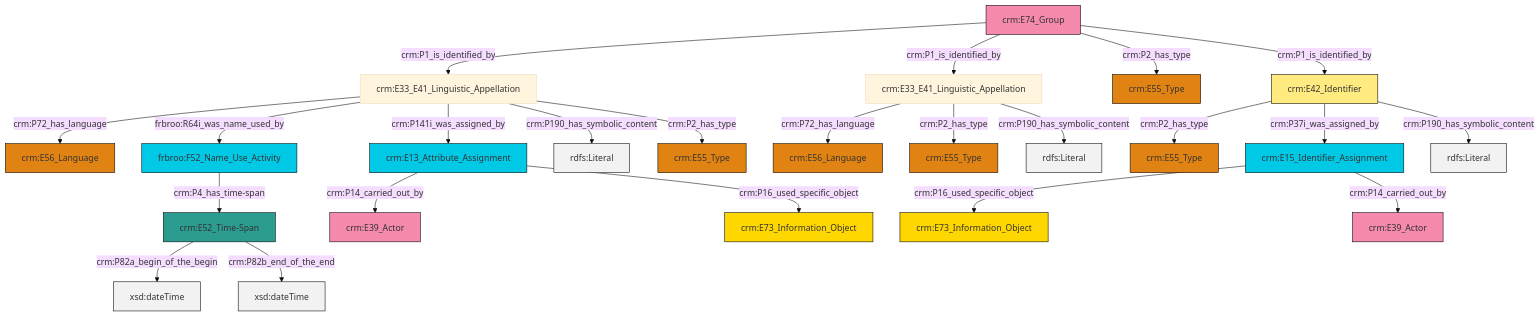
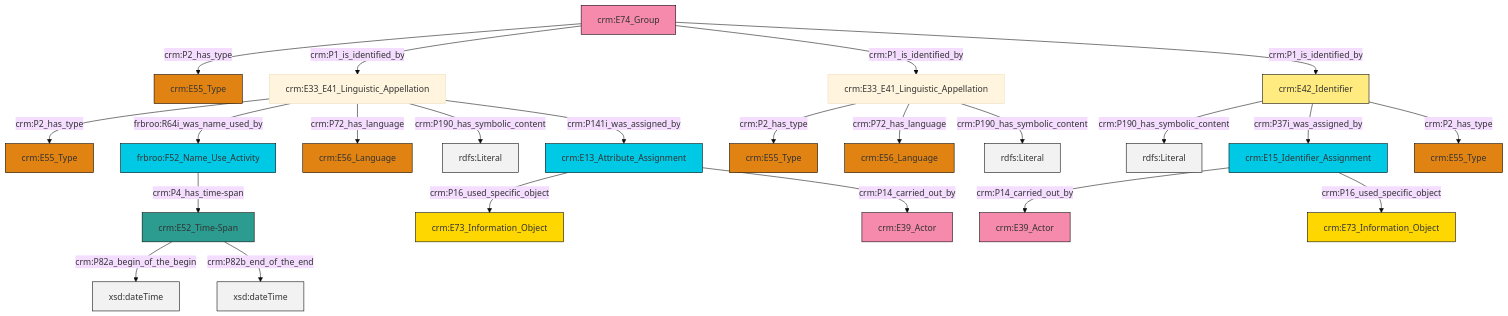
The diagram in et/groupCSV/ttl/mmd/group_name.ttl.mmd (swiss-art-research-net/reference-data-models), drawn with Mermaid (base theme) before and after one commit. The commit also changed 128 other files, not shown here.

```diff
--- a/et/groupCSV/ttl/mmd/group_name.ttl.mmd
+++ b/et/groupCSV/ttl/mmd/group_name.ttl.mmd
@@ -1,37 +1,37 @@
 graph TD
 classDef Literal fill:#f2f2f2,stroke:#000000;
 classDef CRM_Entity fill:#FFFFFF,stroke:#000000;
 classDef Temporal_Entity fill:#00C9E6, stroke:#000000;
 classDef Type fill:#E18312, stroke:#000000;
 classDef Time-Span fill:#2C9C91, stroke:#000000;
 classDef Appellation fill:#FFEB7F, stroke:#000000;
 classDef Place fill:#008836, stroke:#000000;
 classDef Persistent_Item fill:#B266B2, stroke:#000000;
 classDef Conceptual_Object fill:#FFD700, stroke:#000000;
 classDef Physical_Thing fill:#D2B48C, stroke:#000000;
 classDef Actor fill:#f58aad, stroke:#000000;
 classDef PC_Classes fill:#4ce600, stroke:#000000;
 classDef Multi fill:#cccccc,stroke:#000000;
 
-6["crm:E74_Group"]:::Actor -->|crm:P1_is_identified_by| 0["crm:E33_E41_Linguistic_Appellation"]:::Default
-4["crm:E15_Identifier_Assignment"]:::Temporal_Entity -->|crm:P16_used_specific_object| 11["crm:E73_Information_Object"]:::Conceptual_Object
-17["crm:E13_Attribute_Assignment"]:::Temporal_Entity -->|crm:P14_carried_out_by| 2["crm:E39_Actor"]:::Actor
-9["frbroo:F52_Name_Use_Activity"]:::Temporal_Entity -->|crm:P4_has_time-span| 12["crm:E52_Time-Span"]:::Time-Span
-19["crm:E33_E41_Linguistic_Appellation"]:::Default -->|crm:P72_has_language| 20["crm:E56_Language"]:::Type
-19["crm:E33_E41_Linguistic_Appellation"]:::Default -->|crm:P2_has_type| 25["crm:E55_Type"]:::Type
-6["crm:E74_Group"]:::Actor -->|crm:P1_is_identified_by| 19["crm:E33_E41_Linguistic_Appellation"]:::Default
-19["crm:E33_E41_Linguistic_Appellation"]:::Default -->|crm:P190_has_symbolic_content| 26[rdfs:Literal]:::Literal
-21["crm:E42_Identifier"]:::Appellation -->|crm:P2_has_type| 15["crm:E55_Type"]:::Type
-0["crm:E33_E41_Linguistic_Appellation"]:::Default -->|crm:P72_has_language| 27["crm:E56_Language"]:::Type
-12["crm:E52_Time-Span"]:::Time-Span -->|crm:P82a_begin_of_the_begin| 32[xsd:dateTime]:::Literal
-0["crm:E33_E41_Linguistic_Appellation"]:::Default -->|frbroo:R64i_was_name_used_by| 9["frbroo:F52_Name_Use_Activity"]:::Temporal_Entity
-6["crm:E74_Group"]:::Actor -->|crm:P2_has_type| 33["crm:E55_Type"]:::Type
-21["crm:E42_Identifier"]:::Appellation -->|crm:P37i_was_assigned_by| 4["crm:E15_Identifier_Assignment"]:::Temporal_Entity
-0["crm:E33_E41_Linguistic_Appellation"]:::Default -->|crm:P141i_was_assigned_by| 17["crm:E13_Attribute_Assignment"]:::Temporal_Entity
-0["crm:E33_E41_Linguistic_Appellation"]:::Default -->|crm:P190_has_symbolic_content| 38[rdfs:Literal]:::Literal
-6["crm:E74_Group"]:::Actor -->|crm:P1_is_identified_by| 21["crm:E42_Identifier"]:::Appellation
-4["crm:E15_Identifier_Assignment"]:::Temporal_Entity -->|crm:P14_carried_out_by| 34["crm:E39_Actor"]:::Actor
-12["crm:E52_Time-Span"]:::Time-Span -->|crm:P82b_end_of_the_end| 39[xsd:dateTime]:::Literal
-21["crm:E42_Identifier"]:::Appellation -->|crm:P190_has_symbolic_content| 40[rdfs:Literal]:::Literal
-0["crm:E33_E41_Linguistic_Appellation"]:::Default -->|crm:P2_has_type| 30["crm:E55_Type"]:::Type
-17["crm:E13_Attribute_Assignment"]:::Temporal_Entity -->|crm:P16_used_specific_object| 7["crm:E73_Information_Object"]:::Conceptual_Object
+0["crm:E74_Group"]:::Actor -->|crm:P2_has_type| 1["crm:E55_Type"]:::Type
+0["crm:E74_Group"]:::Actor -->|crm:P1_is_identified_by| 2["crm:E33_E41_Linguistic_Appellation"]:::Default
+0["crm:E74_Group"]:::Actor -->|crm:P1_is_identified_by| 3["crm:E33_E41_Linguistic_Appellation"]:::Default
+2["crm:E33_E41_Linguistic_Appellation"]:::Default -->|crm:P2_has_type| 6["crm:E55_Type"]:::Type
+2["crm:E33_E41_Linguistic_Appellation"]:::Default -->|frbroo:R64i_was_name_used_by| 13["frbroo:F52_Name_Use_Activity"]:::Temporal_Entity
+3["crm:E33_E41_Linguistic_Appellation"]:::Default -->|crm:P2_has_type| 14["crm:E55_Type"]:::Type
+15["crm:E52_Time-Span"]:::Time-Span -->|crm:P82a_begin_of_the_begin| 16[xsd:dateTime]:::Literal
+0["crm:E74_Group"]:::Actor -->|crm:P1_is_identified_by| 18["crm:E42_Identifier"]:::Appellation
+4["crm:E15_Identifier_Assignment"]:::Temporal_Entity -->|crm:P14_carried_out_by| 11["crm:E39_Actor"]:::Actor
+23["crm:E13_Attribute_Assignment"]:::Temporal_Entity -->|crm:P16_used_specific_object| 26["crm:E73_Information_Object"]:::Conceptual_Object
+3["crm:E33_E41_Linguistic_Appellation"]:::Default -->|crm:P72_has_language| 33["crm:E56_Language"]:::Type
+2["crm:E33_E41_Linguistic_Appellation"]:::Default -->|crm:P72_has_language| 29["crm:E56_Language"]:::Type
+18["crm:E42_Identifier"]:::Appellation -->|crm:P190_has_symbolic_content| 35[rdfs:Literal]:::Literal
+3["crm:E33_E41_Linguistic_Appellation"]:::Default -->|crm:P190_has_symbolic_content| 36[rdfs:Literal]:::Literal
+23["crm:E13_Attribute_Assignment"]:::Temporal_Entity -->|crm:P14_carried_out_by| 9["crm:E39_Actor"]:::Actor
+18["crm:E42_Identifier"]:::Appellation -->|crm:P37i_was_assigned_by| 4["crm:E15_Identifier_Assignment"]:::Temporal_Entity
+4["crm:E15_Identifier_Assignment"]:::Temporal_Entity -->|crm:P16_used_specific_object| 31["crm:E73_Information_Object"]:::Conceptual_Object
+13["frbroo:F52_Name_Use_Activity"]:::Temporal_Entity -->|crm:P4_has_time-span| 15["crm:E52_Time-Span"]:::Time-Span
+2["crm:E33_E41_Linguistic_Appellation"]:::Default -->|crm:P190_has_symbolic_content| 38[rdfs:Literal]:::Literal
+18["crm:E42_Identifier"]:::Appellation -->|crm:P2_has_type| 19["crm:E55_Type"]:::Type
+15["crm:E52_Time-Span"]:::Time-Span -->|crm:P82b_end_of_the_end| 41[xsd:dateTime]:::Literal
+2["crm:E33_E41_Linguistic_Appellation"]:::Default -->|crm:P141i_was_assigned_by| 23["crm:E13_Attribute_Assignment"]:::Temporal_Entity
```
